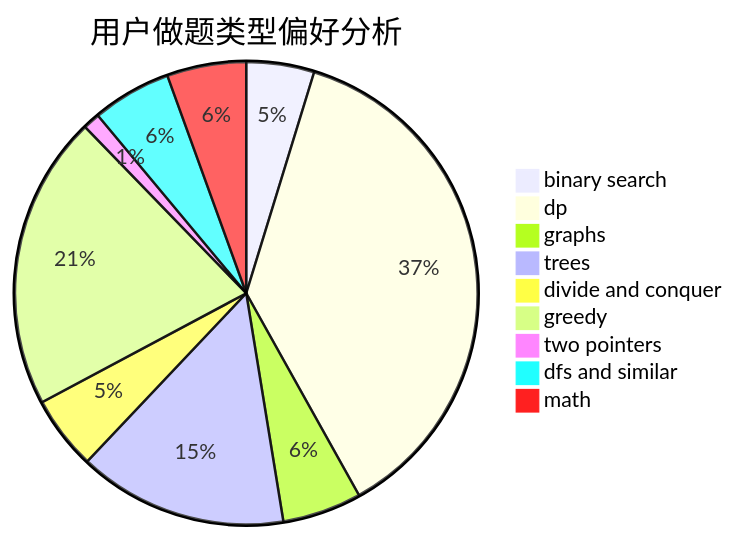
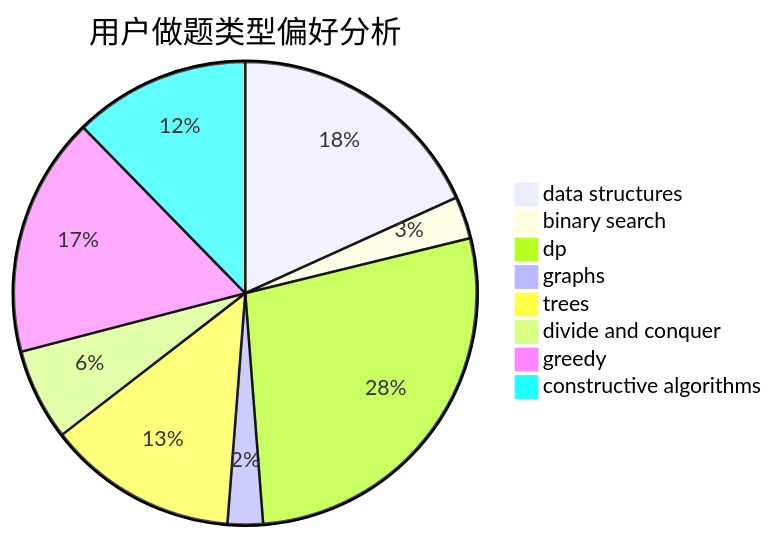
One commit to sherpahu/cfrs.github.io changed the second of 3 diagrams in docs/user/u2452.md. Above: the diagram before and after it, drawn with Mermaid. The commit also changed other lines of this file and 2775 other files, not shown here.

````diff
--- a/docs/user/u2452.md
+++ b/docs/user/u2452.md
@@ -23,12 +23,11 @@
 ```mermaid
 pie title 用户做题类型偏好分析
-    "binary search" :  12
-    "dp" :  94
-    "graphs" :  14
-    "trees" :  37
+    "data structures" :  37
+    "binary search" :  6
+    "dp" :  56
+    "graphs" :  5
+    "trees" :  27
     "divide and conquer" :  13
-    "greedy" :  52
-    "two pointers" :  3
-    "dfs and similar" :  14
-    "math" :  14
+    "greedy" :  34
+    "constructive algorithms" :  25
 ```
````
